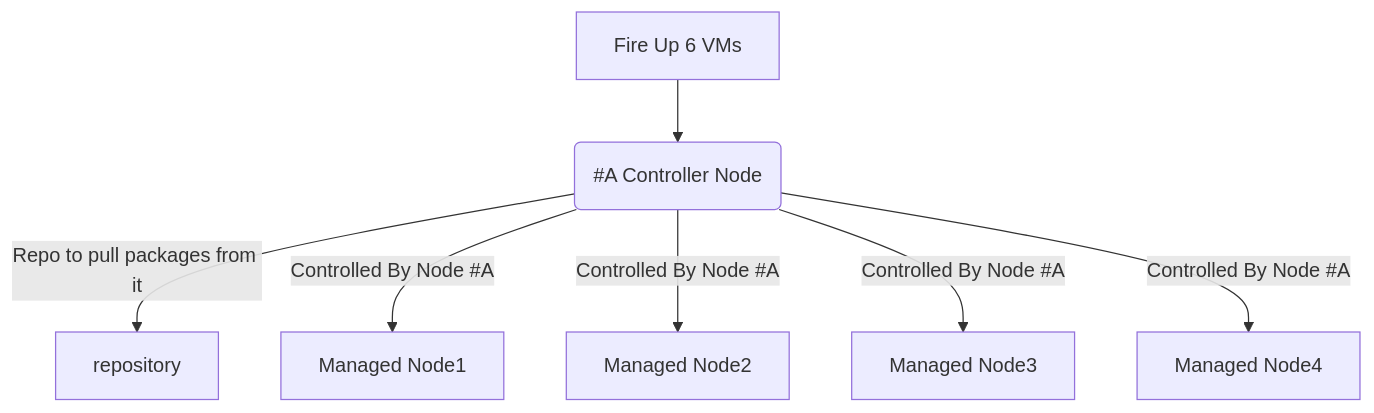
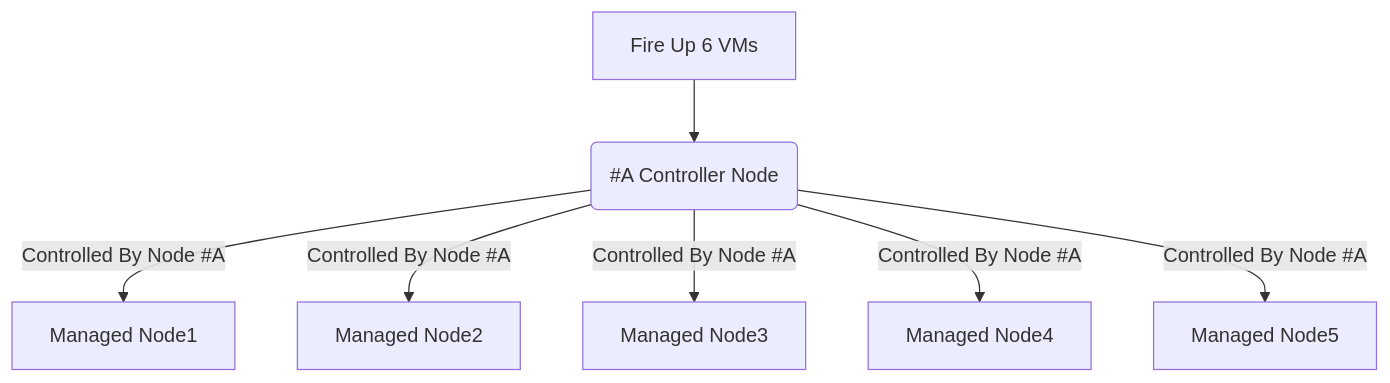
One commit to RedHatRanger/RHCE9Vagrant changed the diagram in NOTES.md. Above: the diagram before and after it, drawn with Mermaid.

````diff
--- a/NOTES.md
+++ b/NOTES.md
@@ -23,9 +23,9 @@
 ```mermaid
 flowchart TD;
     A[Fire Up 6 VMs] --> B(#A Controller Node);
-    B -- Repo to pull packages from it --> Z[repository];
     B -- Controlled By Node #A --> C[Managed Node1];
     B -- Controlled By Node #A --> D[Managed Node2];
     B -- Controlled By Node #A --> E[Managed Node3];
     B -- Controlled By Node #A --> F[Managed Node4];
+    B -- Controlled By Node #A --> G[Managed Node5];
 ```
````
